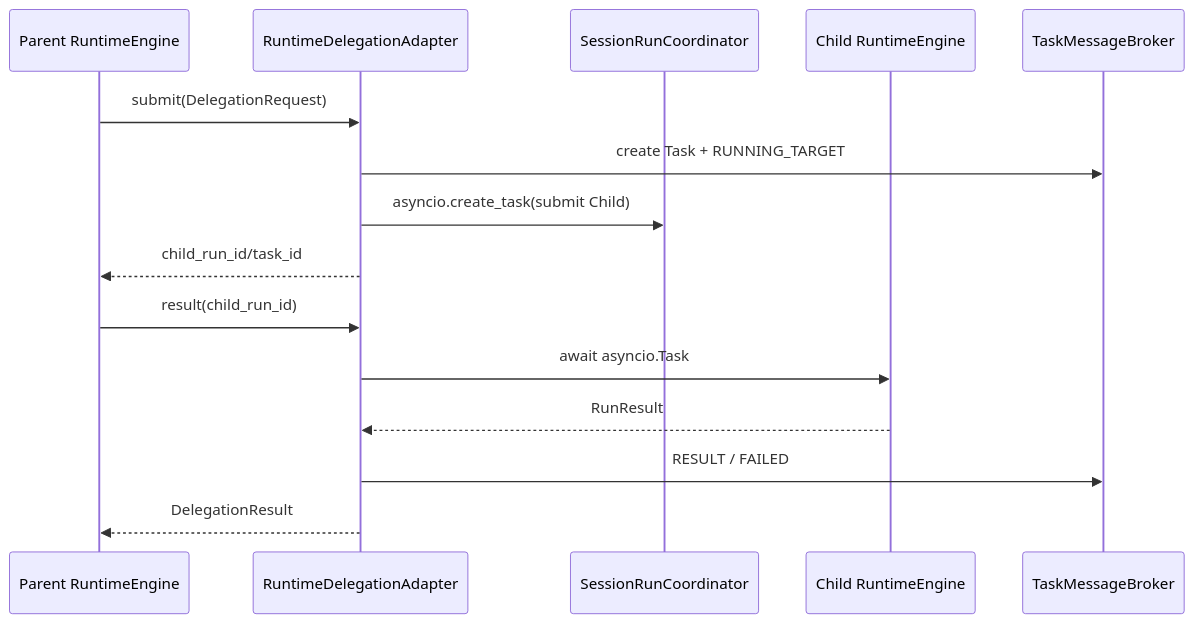
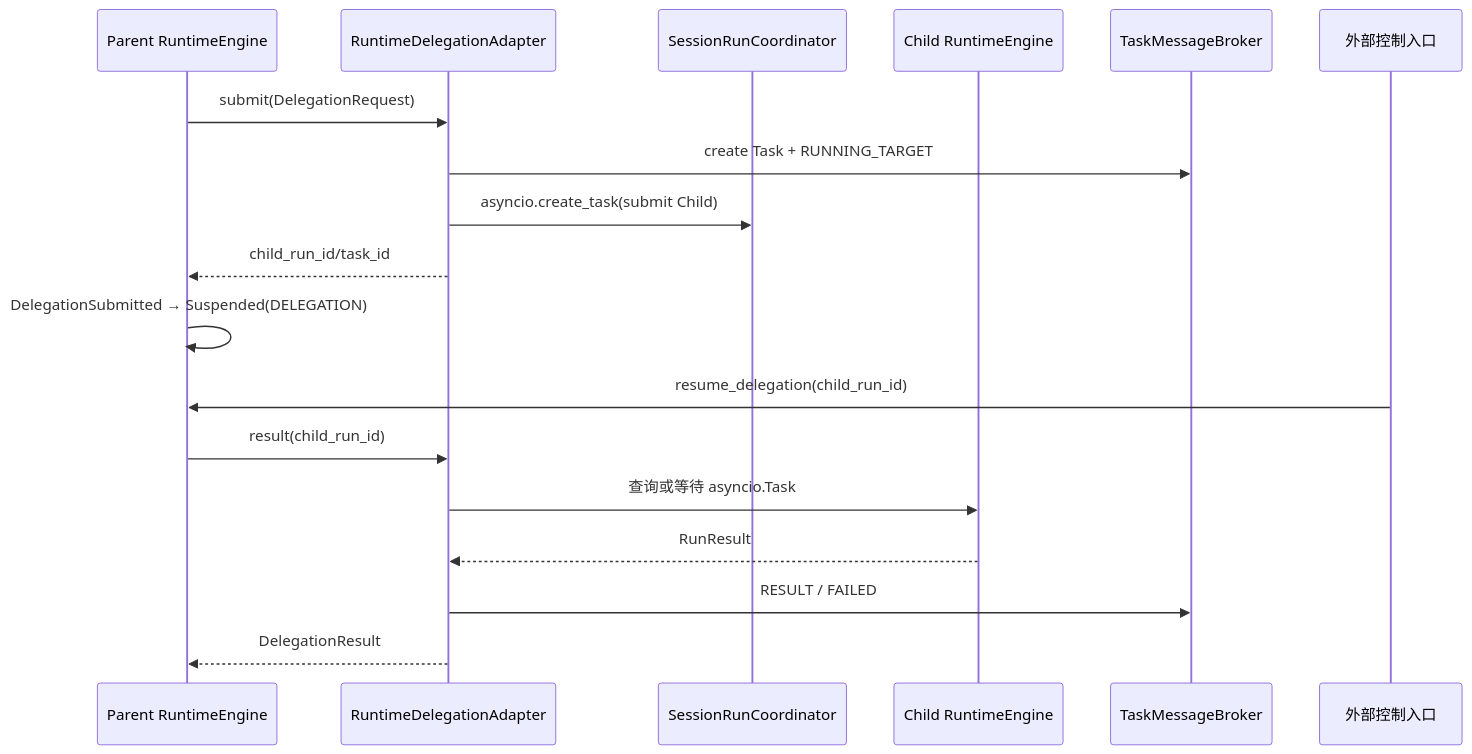
One commit to aandbcct/dotClaw changed the fifth of 22 diagrams in docs/wiki/Orchestration 与 Delegation 模块总体说明.md. Above: the diagram before and after it, drawn with Mermaid. The commit also changed other lines of this file and 12 other files, not shown here.

````diff
--- a/docs/wiki/Orchestration 与 Delegation 模块总体说明.md
+++ b/docs/wiki/Orchestration 与 Delegation 模块总体说明.md
@@ -282,18 +283,21 @@
 ```mermaid
 sequenceDiagram
     participant Parent as Parent RuntimeEngine
     participant Adapter as RuntimeDelegationAdapter
     participant Coordinator as SessionRunCoordinator
     participant Child as Child RuntimeEngine
     participant Broker as TaskMessageBroker
 
+    participant Control as 外部控制入口
     Parent->>Adapter: submit(DelegationRequest)
     Adapter->>Broker: create Task + RUNNING_TARGET
     Adapter->>Coordinator: asyncio.create_task(submit Child)
     Adapter-->>Parent: child_run_id/task_id
+    Parent->>Parent: DelegationSubmitted → Suspended(DELEGATION)
+    Control->>Parent: resume_delegation(child_run_id)
     Parent->>Adapter: result(child_run_id)
-    Adapter->>Child: await asyncio.Task
+    Adapter->>Child: 查询或等待 asyncio.Task
     Child-->>Adapter: RunResult
     Adapter->>Broker: RESULT / FAILED
     Adapter-->>Parent: DelegationResult
 ```
````
